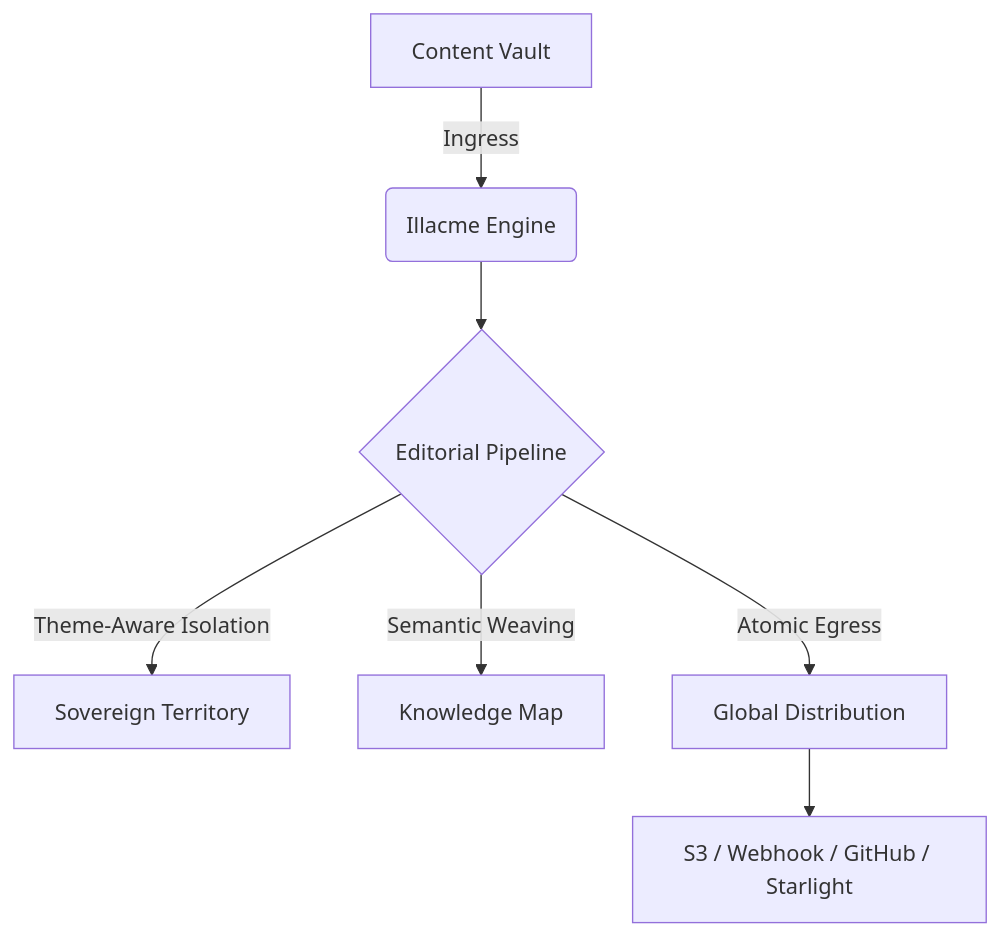
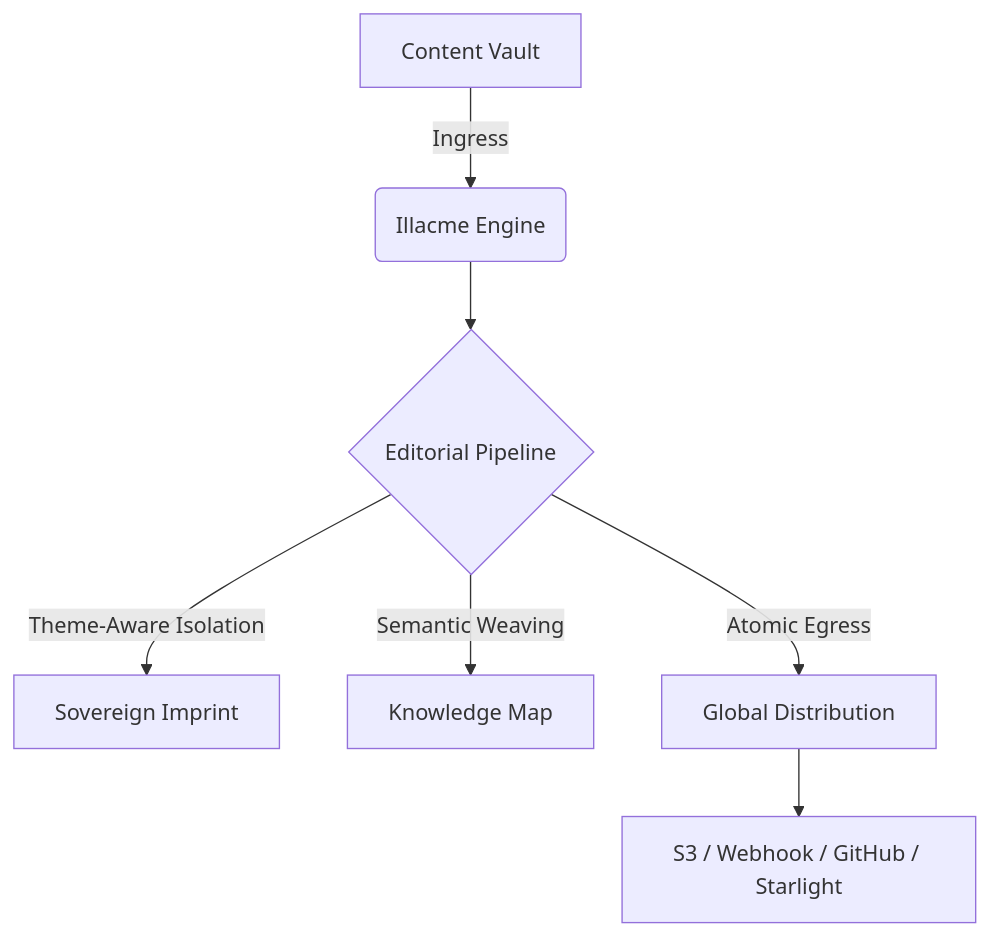
Before and after one commit to Illacme/illacme-plenipes: the diagram in README.md, drawn with Mermaid. The commit also changed other lines of this file and 315 other files, not shown here.

First line of the commit message:
[V65-0-Final-Stabilization] feat(governance): finalize sovereign architecture stabilization and audit compliance

````diff
--- a/README.md
+++ b/README.md
@@ -35,9 +35,9 @@
 ```mermaid
 graph TD
     A[Content Vault] -->|Ingress| B(Illacme Engine)
     B --> C{Editorial Pipeline}
-    C -->|Theme-Aware Isolation| D[Sovereign Territory]
+    C -->|Theme-Aware Isolation| D[Sovereign Imprint]
     C -->|Semantic Weaving| E[Knowledge Map]
     C -->|Atomic Egress| F[Global Distribution]
     F --> G[S3 / Webhook / GitHub / Starlight]
 ```
````
